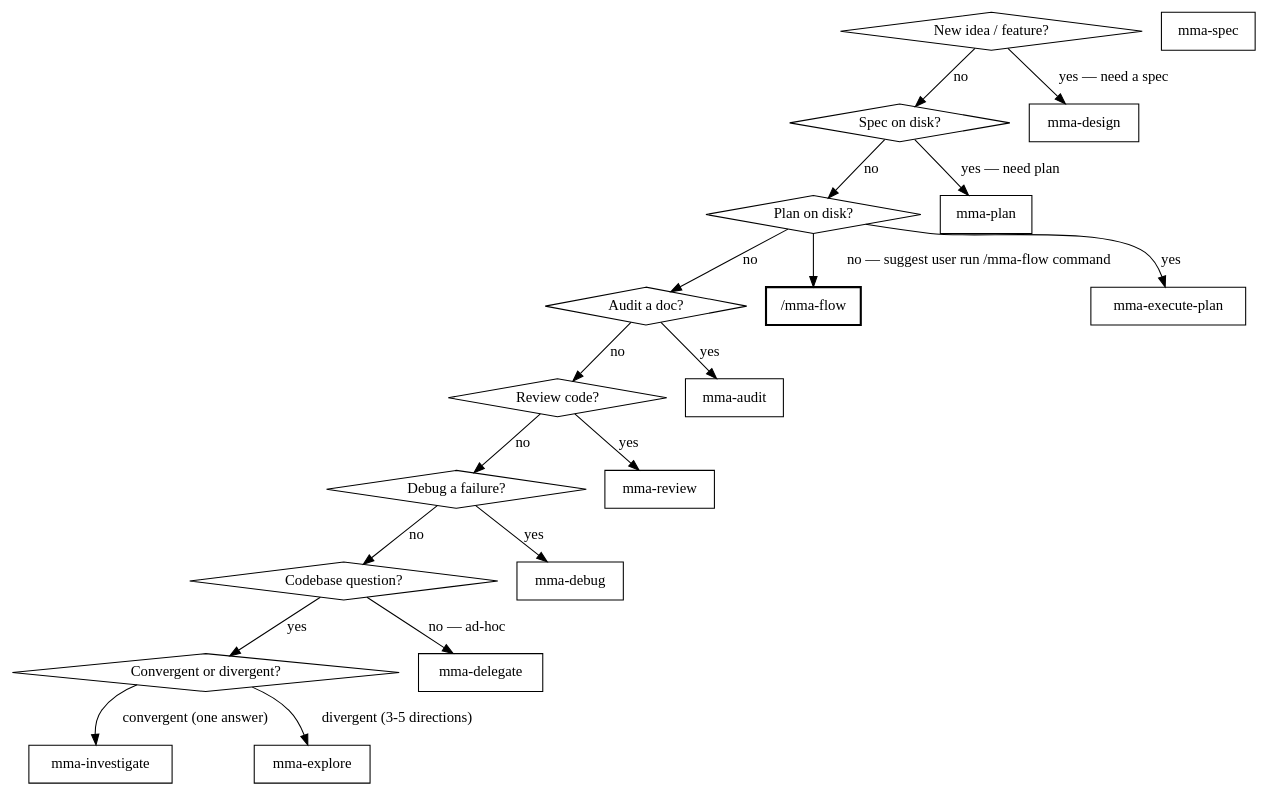
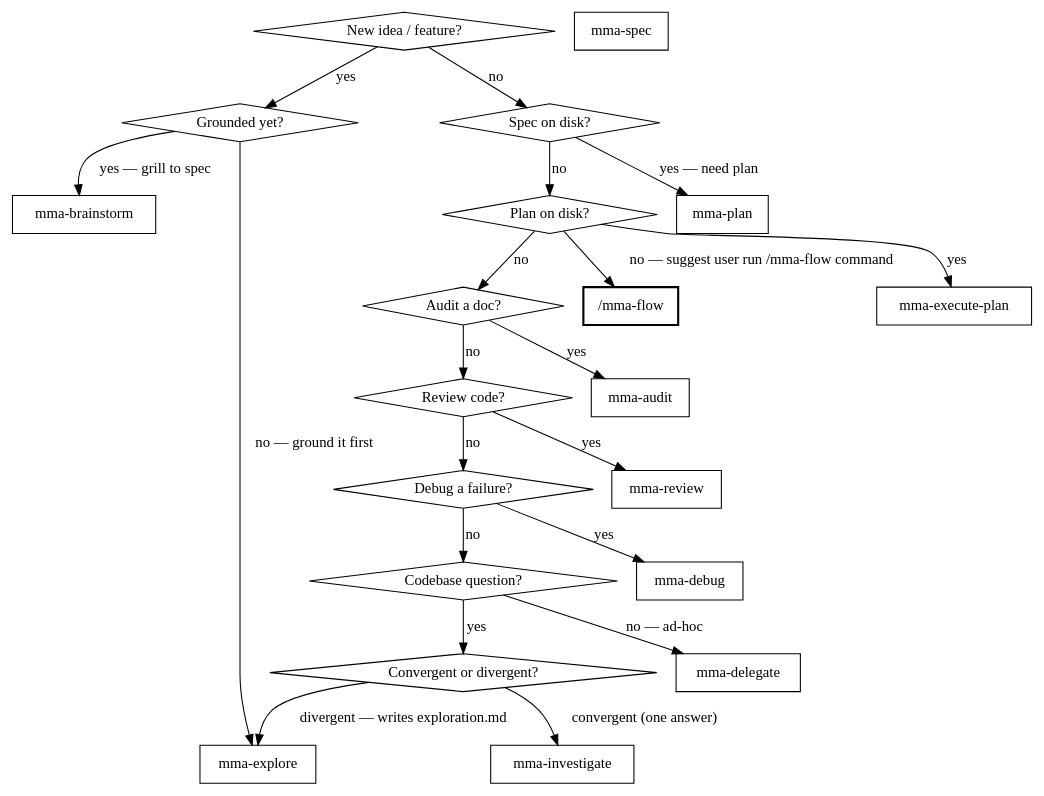
The diagram in packages/server/src/skills/multi-model-agent/SKILL.md (zhixuan312/multi-model-agent), drawn with Graphviz before and after one commit. The commit also changed other lines of this file and 16 other files, not shown here.

First line of the commit message:
feat(skills): split mma-design into mma-explore + mma-brainstorm

````diff
--- a/packages/server/src/skills/multi-model-agent/SKILL.md
+++ b/packages/server/src/skills/multi-model-agent/SKILL.md
@@ -18,41 +18,44 @@
 ```dot
 digraph picker {
     "New idea / feature?" [shape=diamond];
+    "Grounded yet?" [shape=diamond];
     "Spec on disk?" [shape=diamond];
     "Plan on disk?" [shape=diamond];
     "Audit a doc?" [shape=diamond];
     "Review code?" [shape=diamond];
     "Debug a failure?" [shape=diamond];
     "Codebase question?" [shape=diamond];
     "Convergent or divergent?" [shape=diamond];
-    "mma-design" [shape=box];
+    "mma-brainstorm" [shape=box];
     "/mma-flow" [shape=box, style=bold];
     "mma-spec" [shape=box];
     "mma-plan" [shape=box];
     "mma-execute-plan" [shape=box];
     "mma-audit" [shape=box];
     "mma-review" [shape=box];
     "mma-debug" [shape=box];
     "mma-investigate" [shape=box];
     "mma-explore" [shape=box];
     "mma-delegate" [shape=box];
 
-    "New idea / feature?" -> "mma-design" [label="yes — need a spec"];
+    "New idea / feature?" -> "Grounded yet?" [label="yes"];
+    "Grounded yet?" -> "mma-explore" [label="no — ground it first"];
+    "Grounded yet?" -> "mma-brainstorm" [label="yes — grill to spec"];
     "New idea / feature?" -> "Spec on disk?" [label="no"];
     "Spec on disk?" -> "mma-plan" [label="yes — need plan"];
     "Spec on disk?" -> "Plan on disk?" [label="no"];
     "Plan on disk?" -> "/mma-flow" [label="no — suggest user run /mma-flow command"];
     "Plan on disk?" -> "mma-execute-plan" [label="yes"];
     "Plan on disk?" -> "Audit a doc?" [label="no"];
     "Audit a doc?" -> "mma-audit" [label="yes"];
     "Audit a doc?" -> "Review code?" [label="no"];
     "Review code?" -> "mma-review" [label="yes"];
     "Review code?" -> "Debug a failure?" [label="no"];
     "Debug a failure?" -> "mma-debug" [label="yes"];
     "Debug a failure?" -> "Codebase question?" [label="no"];
     "Codebase question?" -> "Convergent or divergent?" [label="yes"];
     "Codebase question?" -> "mma-delegate" [label="no — ad-hoc"];
     "Convergent or divergent?" -> "mma-investigate" [label="convergent (one answer)"];
-    "Convergent or divergent?" -> "mma-explore" [label="divergent (3-5 directions)"];
+    "Convergent or divergent?" -> "mma-explore" [label="divergent — writes exploration.md"];
 }
 ```
````
